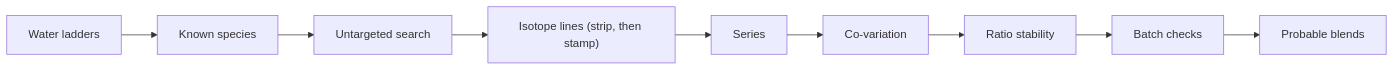
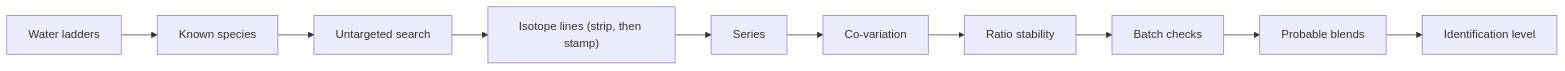
Before and after one commit to ultra-trace-systems/mascope: the fifth of 5 diagrams in docs/user/how-it-works/peak-assignment.md, drawn with Mermaid. The commit also changed other lines of this file and 16 other files, not shown here.

````diff
--- a/docs/user/how-it-works/peak-assignment.md
+++ b/docs/user/how-it-works/peak-assignment.md
@@ -2484,11 +2523,12 @@
 ```mermaid
 flowchart LR
   A[Water ladders] --> B[Known species]
   B --> C[Untargeted search]
   C --> D["Isotope lines (strip, then stamp)"]
   D --> E[Series]
   E --> F[Co-variation]
   F --> G[Ratio stability]
   G --> H[Batch checks]
   H --> I[Probable blends]
+  I --> J[Identification level]
 ```
````
